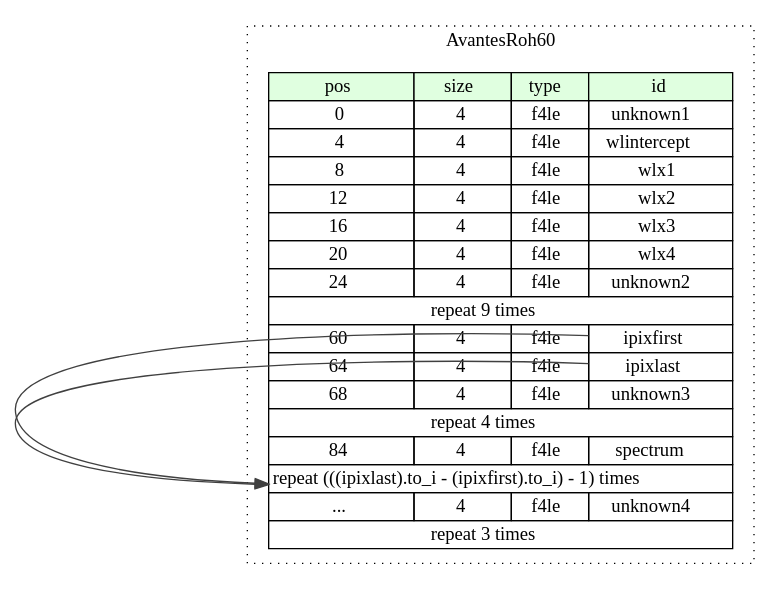
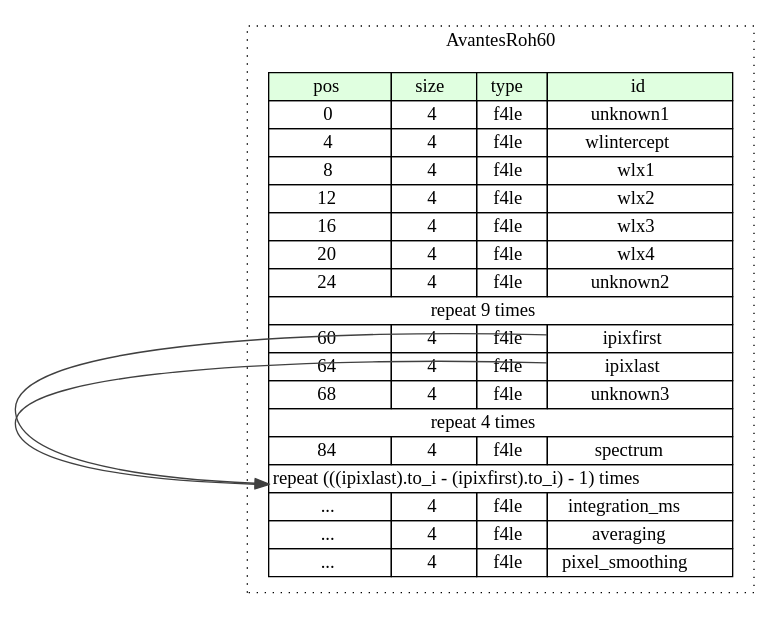
Before and after one commit to kaitai-io/formats-kaitai-io.github.io: the diagram in avantes_roh60/src/graphviz/avantes_roh60.dot, drawn with Graphviz. The commit also changed 31 other files, not shown here.

```diff
--- a/avantes_roh60/src/graphviz/avantes_roh60.dot
+++ b/avantes_roh60/src/graphviz/avantes_roh60.dot
@@ -1,30 +1,31 @@
 digraph {
 	rankdir=LR;
 	node [shape=plaintext];
 	subgraph cluster__avantes_roh60 {
 		label="AvantesRoh60";
 		graph[style=dotted];
 
 		avantes_roh60__seq [label=<<TABLE BORDER="0" CELLBORDER="1" CELLSPACING="0">
 			<TR><TD BGCOLOR="#E0FFE0">pos</TD><TD BGCOLOR="#E0FFE0">size</TD><TD BGCOLOR="#E0FFE0">type</TD><TD BGCOLOR="#E0FFE0">id</TD></TR>
 			<TR><TD PORT="unknown1_pos">0</TD><TD PORT="unknown1_size">4</TD><TD>f4le</TD><TD PORT="unknown1_type">unknown1</TD></TR>
 			<TR><TD PORT="wlintercept_pos">4</TD><TD PORT="wlintercept_size">4</TD><TD>f4le</TD><TD PORT="wlintercept_type">wlintercept</TD></TR>
 			<TR><TD PORT="wlx1_pos">8</TD><TD PORT="wlx1_size">4</TD><TD>f4le</TD><TD PORT="wlx1_type">wlx1</TD></TR>
 			<TR><TD PORT="wlx2_pos">12</TD><TD PORT="wlx2_size">4</TD><TD>f4le</TD><TD PORT="wlx2_type">wlx2</TD></TR>
 			<TR><TD PORT="wlx3_pos">16</TD><TD PORT="wlx3_size">4</TD><TD>f4le</TD><TD PORT="wlx3_type">wlx3</TD></TR>
 			<TR><TD PORT="wlx4_pos">20</TD><TD PORT="wlx4_size">4</TD><TD>f4le</TD><TD PORT="wlx4_type">wlx4</TD></TR>
 			<TR><TD PORT="unknown2_pos">24</TD><TD PORT="unknown2_size">4</TD><TD>f4le</TD><TD PORT="unknown2_type">unknown2</TD></TR>
 			<TR><TD COLSPAN="4" PORT="unknown2__repeat">repeat 9 times</TD></TR>
 			<TR><TD PORT="ipixfirst_pos">60</TD><TD PORT="ipixfirst_size">4</TD><TD>f4le</TD><TD PORT="ipixfirst_type">ipixfirst</TD></TR>
 			<TR><TD PORT="ipixlast_pos">64</TD><TD PORT="ipixlast_size">4</TD><TD>f4le</TD><TD PORT="ipixlast_type">ipixlast</TD></TR>
 			<TR><TD PORT="unknown3_pos">68</TD><TD PORT="unknown3_size">4</TD><TD>f4le</TD><TD PORT="unknown3_type">unknown3</TD></TR>
 			<TR><TD COLSPAN="4" PORT="unknown3__repeat">repeat 4 times</TD></TR>
 			<TR><TD PORT="spectrum_pos">84</TD><TD PORT="spectrum_size">4</TD><TD>f4le</TD><TD PORT="spectrum_type">spectrum</TD></TR>
 			<TR><TD COLSPAN="4" PORT="spectrum__repeat">repeat (((ipixlast).to_i - (ipixfirst).to_i) - 1) times</TD></TR>
-			<TR><TD PORT="unknown4_pos">...</TD><TD PORT="unknown4_size">4</TD><TD>f4le</TD><TD PORT="unknown4_type">unknown4</TD></TR>
-			<TR><TD COLSPAN="4" PORT="unknown4__repeat">repeat 3 times</TD></TR>
+			<TR><TD PORT="integration_ms_pos">...</TD><TD PORT="integration_ms_size">4</TD><TD>f4le</TD><TD PORT="integration_ms_type">integration_ms</TD></TR>
+			<TR><TD PORT="averaging_pos">...</TD><TD PORT="averaging_size">4</TD><TD>f4le</TD><TD PORT="averaging_type">averaging</TD></TR>
+			<TR><TD PORT="pixel_smoothing_pos">...</TD><TD PORT="pixel_smoothing_size">4</TD><TD>f4le</TD><TD PORT="pixel_smoothing_type">pixel_smoothing</TD></TR>
 		</TABLE>>];
 	}
 	avantes_roh60__seq:ipixlast_type -> avantes_roh60__seq:spectrum__repeat [color="#404040"];
 	avantes_roh60__seq:ipixfirst_type -> avantes_roh60__seq:spectrum__repeat [color="#404040"];
 }
```
